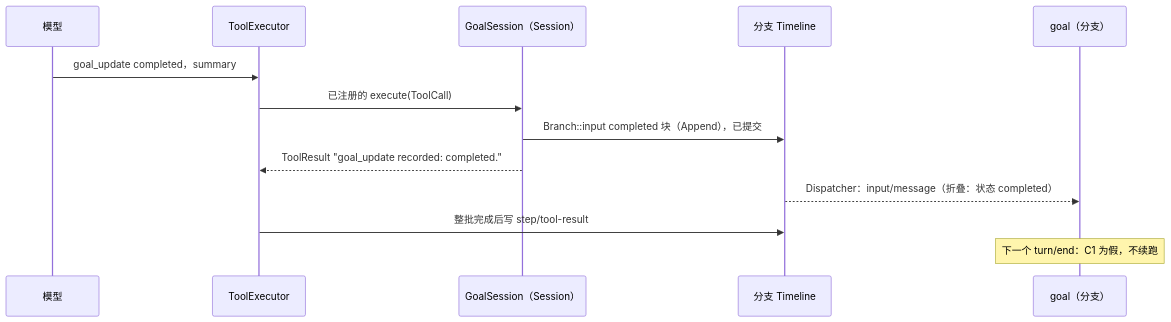
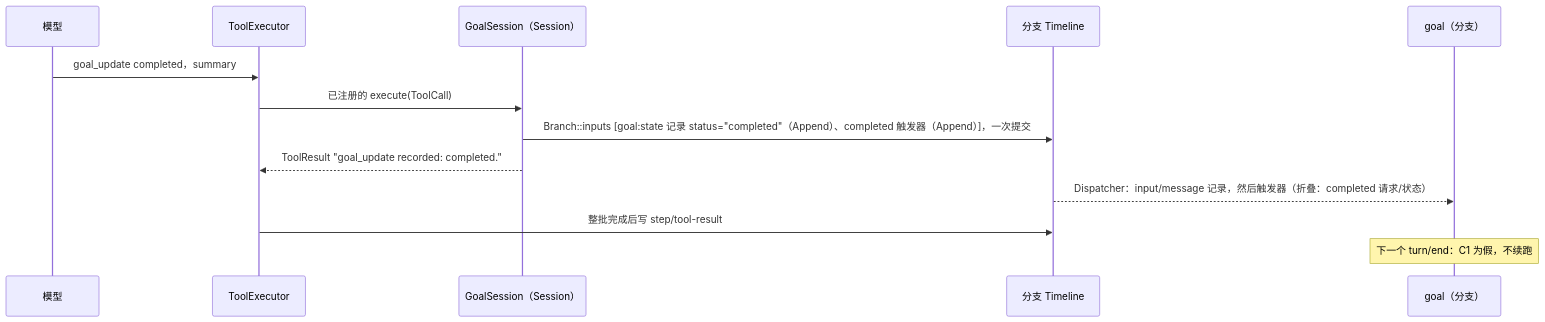
The fourth of 7 diagrams in docs/zh/design/plugins/Goal.md (CoutinhoTTS/dim-agent), drawn with Mermaid before and after one commit. The commit also changed other lines of this file and 229 other files, not shown here.

First line of the commit message:
refactor(timeline): query properties and bound history consumers

````diff
--- a/docs/zh/design/plugins/Goal.md
+++ b/docs/zh/design/plugins/Goal.md
@@ -135,15 +143,15 @@
 ```mermaid
 sequenceDiagram
   participant Model as 模型
   participant TE as ToolExecutor
   participant GS as GoalSession（Session）
   participant TL as 分支 Timeline
   participant G as goal（分支）
   Model->>TE: goal_update completed，summary
   TE->>GS: 已注册的 execute(ToolCall)
-  GS->>TL: Branch::input completed 块（Append），已提交
+  GS->>TL: Branch::inputs [goal:state 记录 status="completed"（Append）、completed 触发器（Append）]，一次提交
   GS-->>TE: ToolResult "goal_update recorded: completed."
-  TL-->>G: Dispatcher：input/message（折叠：状态 completed）
+  TL-->>G: Dispatcher：input/message 记录，然后触发器（折叠：completed 请求/状态）
   TE->>TL: 整批完成后写 step/tool-result
   Note over G: 下一个 turn/end：C1 为假，不续跑
 ```
````
